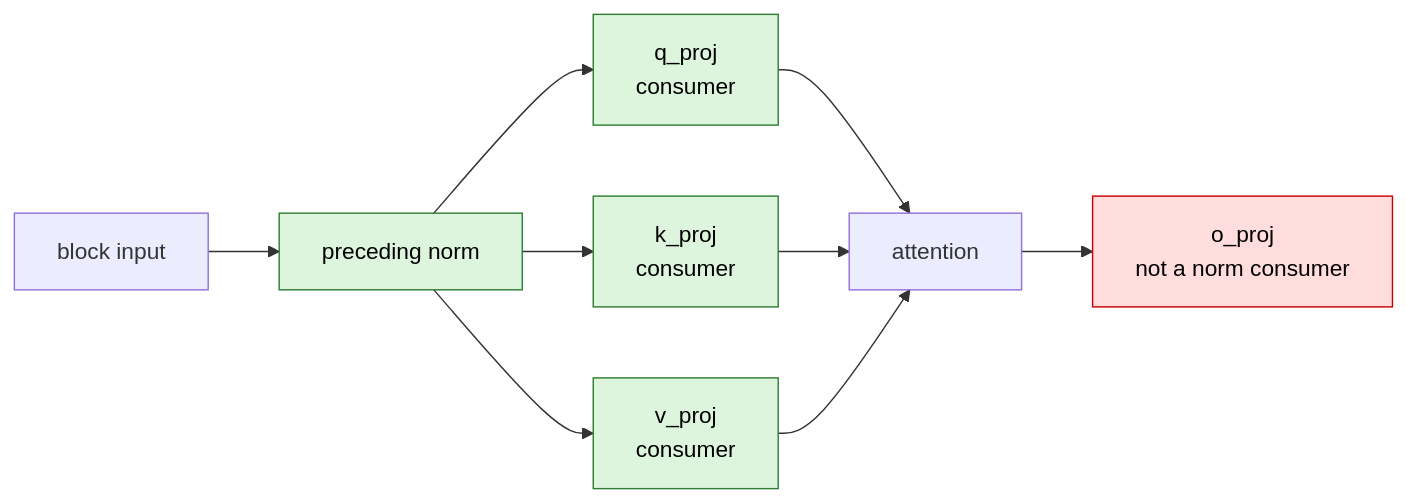
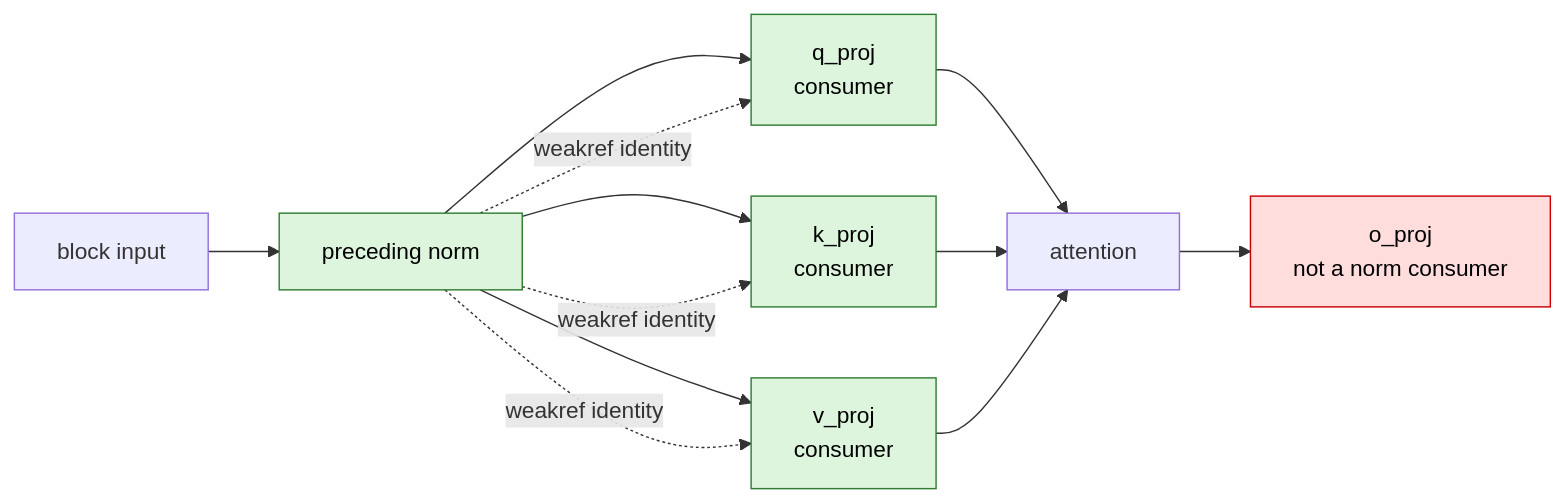
One commit to ModelCloud/GPTQModel changed the second of 2 diagrams in docs/protocol-actions.md. Above: the diagram before and after it, drawn with Mermaid. The commit also changed other lines of this file and 5 other files, not shown here.

````diff
--- a/docs/protocol-actions.md
+++ b/docs/protocol-actions.md
@@ -81,16 +79,19 @@
 ```mermaid
 flowchart LR
-    X["block input"] --> N1["preceding norm"]
-    N1 --> Q["q_proj<br/>consumer"]
-    N1 --> K["k_proj<br/>consumer"]
-    N1 --> V["v_proj<br/>consumer"]
+    X["block input"] --> N["preceding norm"]
+    N --> Q["q_proj<br/>consumer"]
+    N --> K["k_proj<br/>consumer"]
+    N --> V["v_proj<br/>consumer"]
     Q --> A["attention"]
     K --> A
     V --> A
     A --> O["o_proj<br/>not a norm consumer"]
+    N -.->|"weakref identity"| Q
+    N -.->|"weakref identity"| K
+    N -.->|"weakref identity"| V
 
     classDef scaled fill:#ddf5dd,stroke:#2e7d32,color:#000000;
     classDef rejected fill:#ffdddd,stroke:#cc0000,color:#000000;
-    class N1,Q,K,V scaled;
+    class N,Q,K,V scaled;
     class O rejected;
 ```
````
